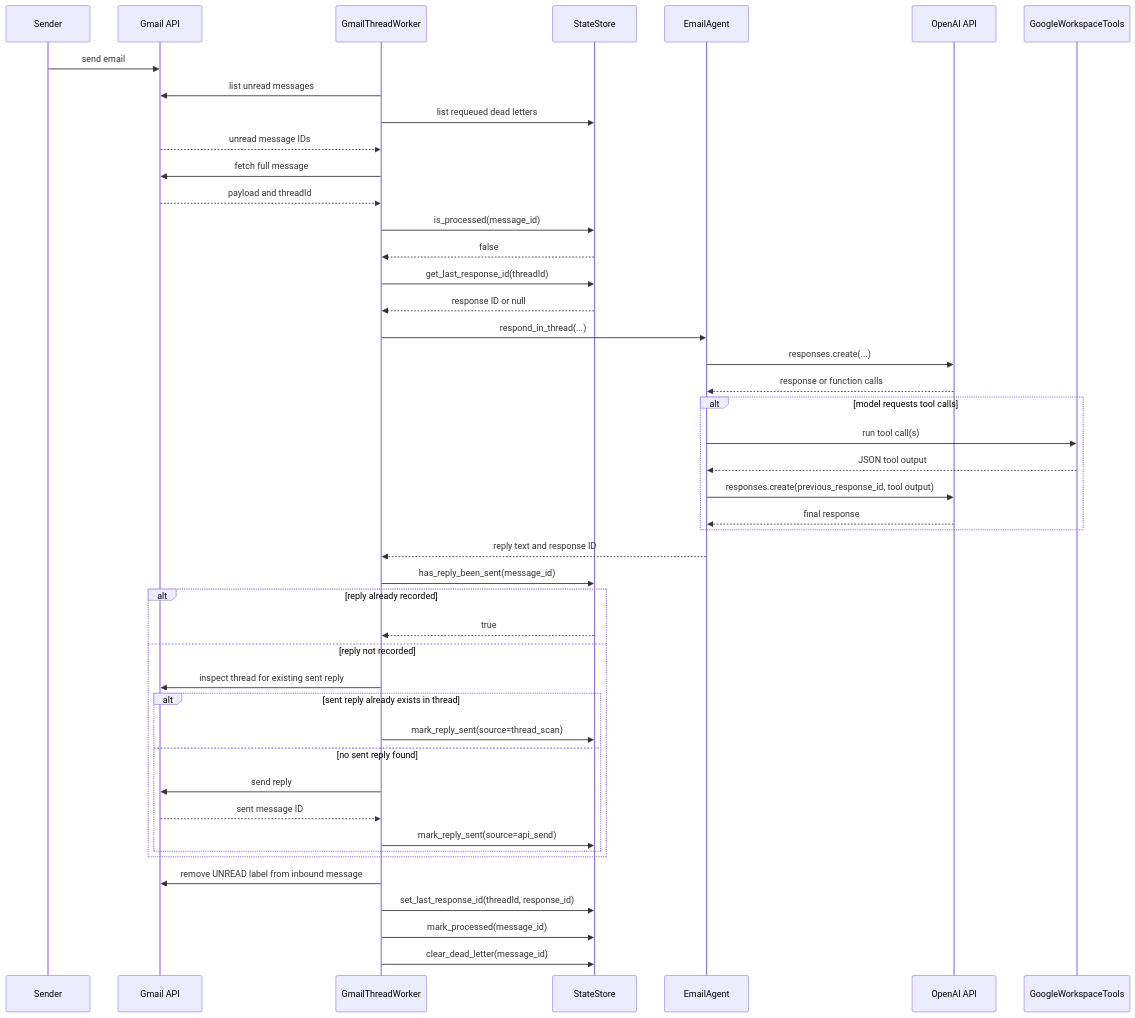
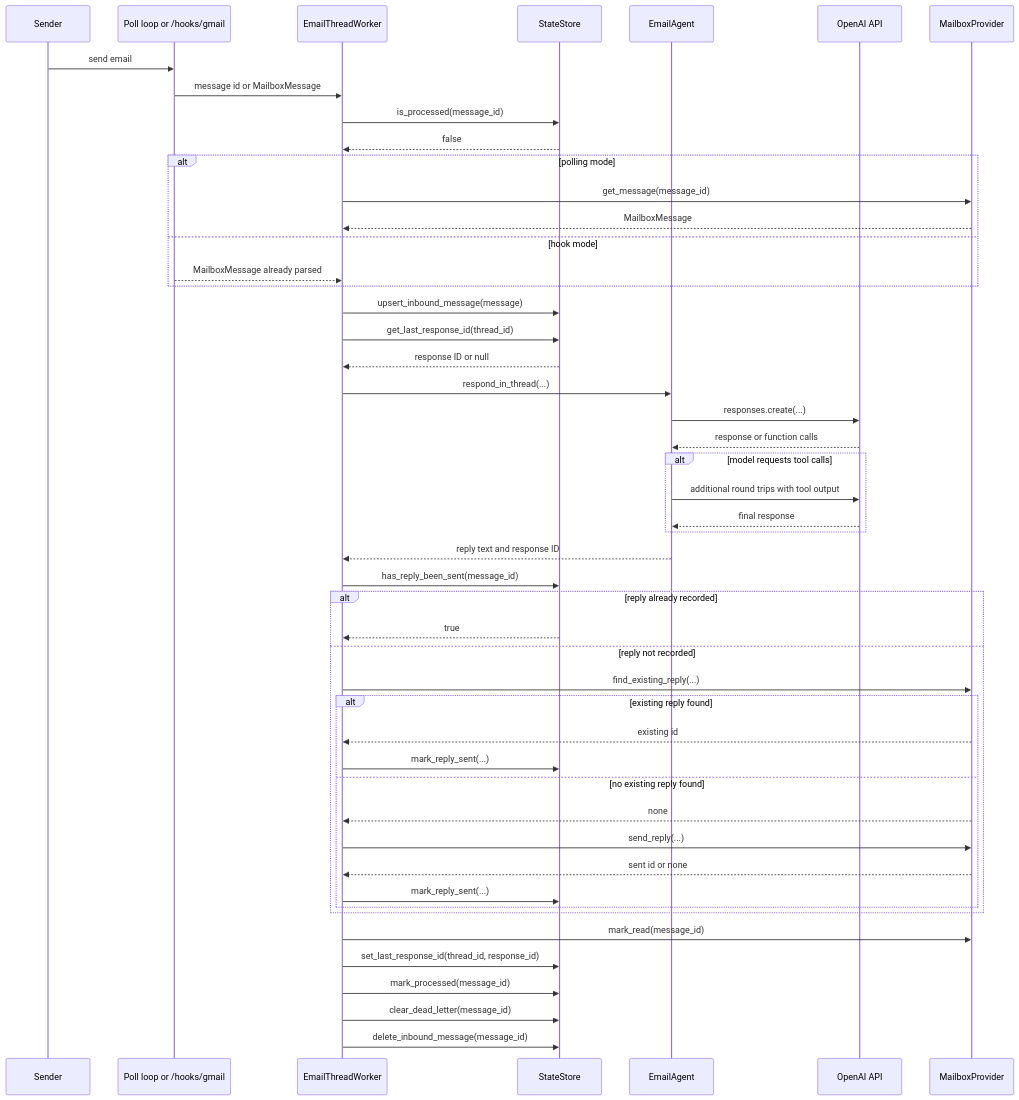
Before and after one commit to LunarMothStudios/Canna-Mailroom: the third of 6 diagrams in docs/runtime-and-pipeline.md, drawn with Mermaid. The commit also changed other lines of this file and 30 other files, not shown here.

````diff
--- a/docs/runtime-and-pipeline.md
+++ b/docs/runtime-and-pipeline.md
@@ -24,51 +46,57 @@
 ```mermaid
 sequenceDiagram
     participant Sender as Sender
-    participant Gmail as Gmail API
-    participant Worker as GmailThreadWorker
+    participant Ingress as Poll loop or /hooks/gmail
+    participant Worker as EmailThreadWorker
     participant DB as StateStore
     participant Agent as EmailAgent
     participant OpenAI as OpenAI API
-    participant Tools as GoogleWorkspaceTools
+    participant Mailbox as MailboxProvider
 
-    Sender->>Gmail: send email
-    Worker->>Gmail: list unread messages
-    Worker->>DB: list requeued dead letters
-    Gmail-->>Worker: unread message IDs
-    Worker->>Gmail: fetch full message
-    Gmail-->>Worker: payload and threadId
+    Sender->>Ingress: send email
+    Ingress->>Worker: message id or MailboxMessage
     Worker->>DB: is_processed(message_id)
     DB-->>Worker: false
-    Worker->>DB: get_last_response_id(threadId)
+
+    alt polling mode
+        Worker->>Mailbox: get_message(message_id)
+        Mailbox-->>Worker: MailboxMessage
+    else hook mode
+        Ingress-->>Worker: MailboxMessage already parsed
+    end
+
+    Worker->>DB: upsert_inbound_message(message)
+    Worker->>DB: get_last_response_id(thread_id)
     DB-->>Worker: response ID or null
     Worker->>Agent: respond_in_thread(...)
     Agent->>OpenAI: responses.create(...)
     OpenAI-->>Agent: response or function calls
 
     alt model requests tool calls
-        Agent->>Tools: run tool call(s)
-        Tools-->>Agent: JSON tool output
-        Agent->>OpenAI: responses.create(previous_response_id, tool output)
+        Agent->>OpenAI: additional round trips with tool output
         OpenAI-->>Agent: final response
     end
 
     Agent-->>Worker: reply text and response ID
     Worker->>DB: has_reply_been_sent(message_id)
     alt reply already recorded
         DB-->>Worker: true
     else reply not recorded
-        Worker->>Gmail: inspect thread for existing sent reply
-        alt sent reply already exists in thread
-            Worker->>DB: mark_reply_sent(source=thread_scan)
-        else no sent reply found
-            Worker->>Gmail: send reply
-            Gmail-->>Worker: sent message ID
-            Worker->>DB: mark_reply_sent(source=api_send)
+        Worker->>Mailbox: find_existing_reply(...)
+        alt existing reply found
+            Mailbox-->>Worker: existing id
+            Worker->>DB: mark_reply_sent(...)
+        else no existing reply found
+            Mailbox-->>Worker: none
+            Worker->>Mailbox: send_reply(...)
+            Mailbox-->>Worker: sent id or none
+            Worker->>DB: mark_reply_sent(...)
         end
     end
 
-    Worker->>Gmail: remove UNREAD label from inbound message
-    Worker->>DB: set_last_response_id(threadId, response_id)
+    Worker->>Mailbox: mark_read(message_id)
+    Worker->>DB: set_last_response_id(thread_id, response_id)
     Worker->>DB: mark_processed(message_id)
     Worker->>DB: clear_dead_letter(message_id)
+    Worker->>DB: delete_inbound_message(message_id)
 ```
````
